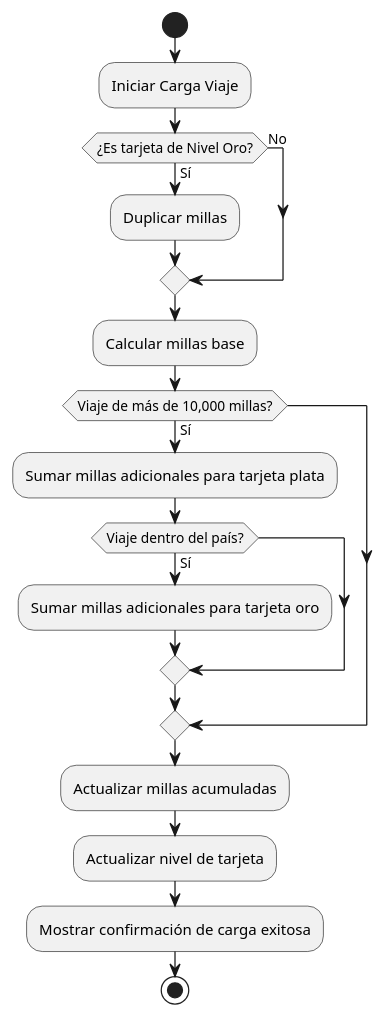
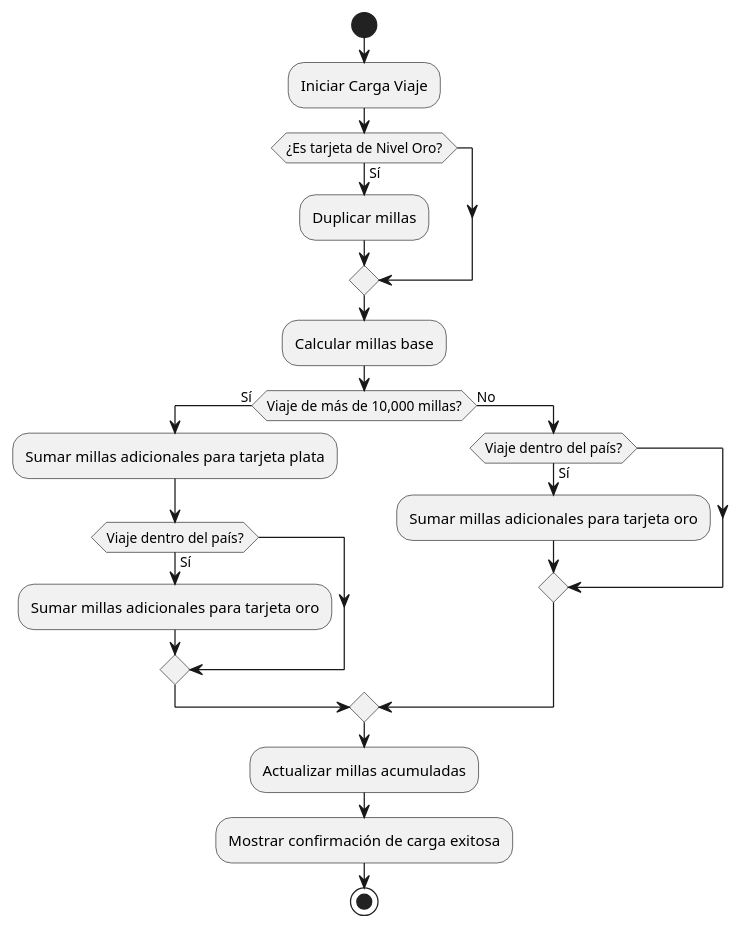
Before and after one commit to zherar7ordoya/AP6: the diagram in [MDS]/Itinerario 14 - 2do Parcial/6 - Diagrama de Actividad del Caso de Uso Cargar Viaje.puml, drawn with PlantUML. The commit also changed 7 other files, not shown here.

```diff
--- a/[MDS]/Itinerario 14 - 2do Parcial/6 - Diagrama de Actividad del Caso de Uso Cargar Viaje.puml
+++ b/[MDS]/Itinerario 14 - 2do Parcial/6 - Diagrama de Actividad del Caso de Uso Cargar Viaje.puml
@@ -1,34 +1,21 @@
-@startuml Parcial 2 MDS2 2023
-
-' Explicación: El diagrama de actividad muestra las acciones y decisiones que se
-' toman durante el caso de uso "Cargar Viaje". Comienza con la carga del viaje y
-' verifica si la tarjeta es de nivel oro. Si es así, se duplican las millas del
-' viaje. Luego, se calculan las millas base y se verifica si el viaje supera las
-' 10,000 millas. En ese caso, se suman millas adicionales para la tarjeta plata
-' y, si el viaje es dentro del país, se suman millas adicionales para la tarjeta
-' oro. Finalmente, se actualizan las millas acumuladas, el nivel de la tarjeta y
-' se muestra una confirmación de carga exitosa.
-
+@startuml XXX
 start
-
 :Iniciar Carga Viaje;
 if (¿Es tarjeta de Nivel Oro?) then (Sí)
   :Duplicar millas;
-else (No)
 endif
-
 :Calcular millas base;
 if (Viaje de más de 10,000 millas?) then (Sí)
   :Sumar millas adicionales para tarjeta plata;
   if (Viaje dentro del país?) then (Sí)
     :Sumar millas adicionales para tarjeta oro;
   endif
+else (No)
+  if (Viaje dentro del país?) then (Sí)
+    :Sumar millas adicionales para tarjeta oro;
+  endif
 endif
-
 :Actualizar millas acumuladas;
-:Actualizar nivel de tarjeta;
 :Mostrar confirmación de carga exitosa;
-
 stop
-
 @enduml
```
